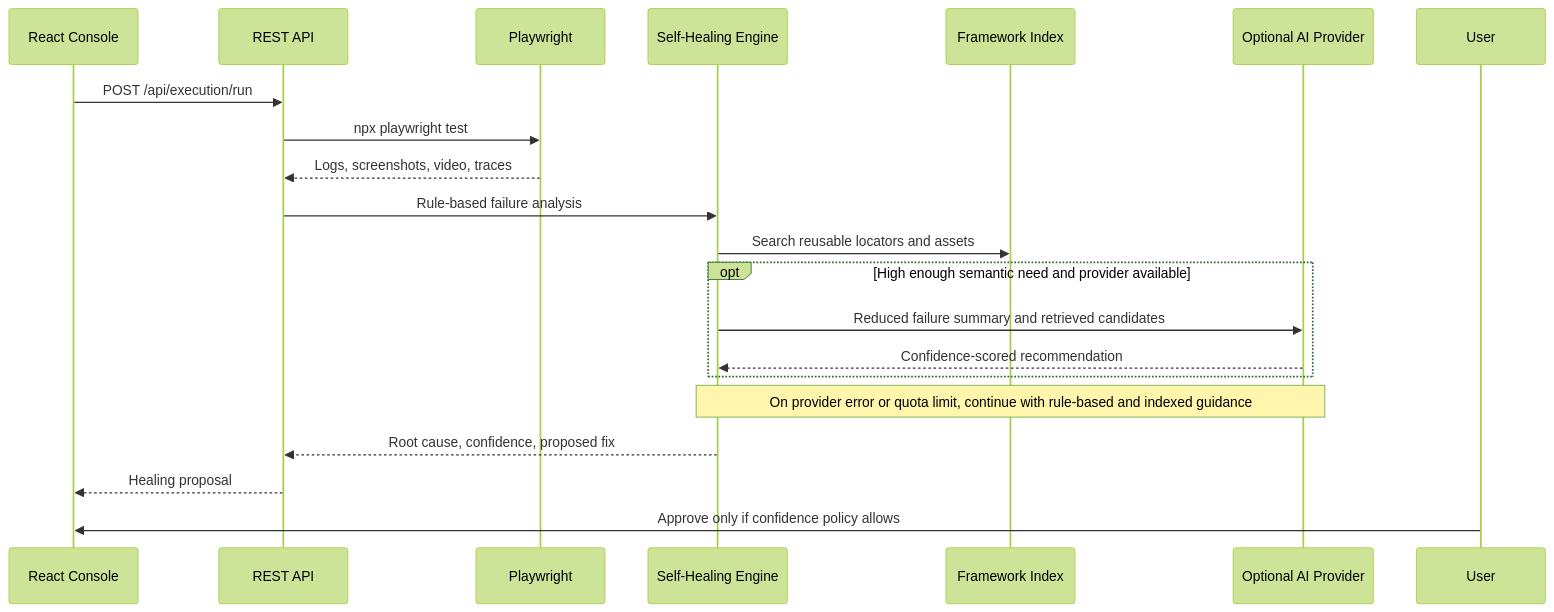
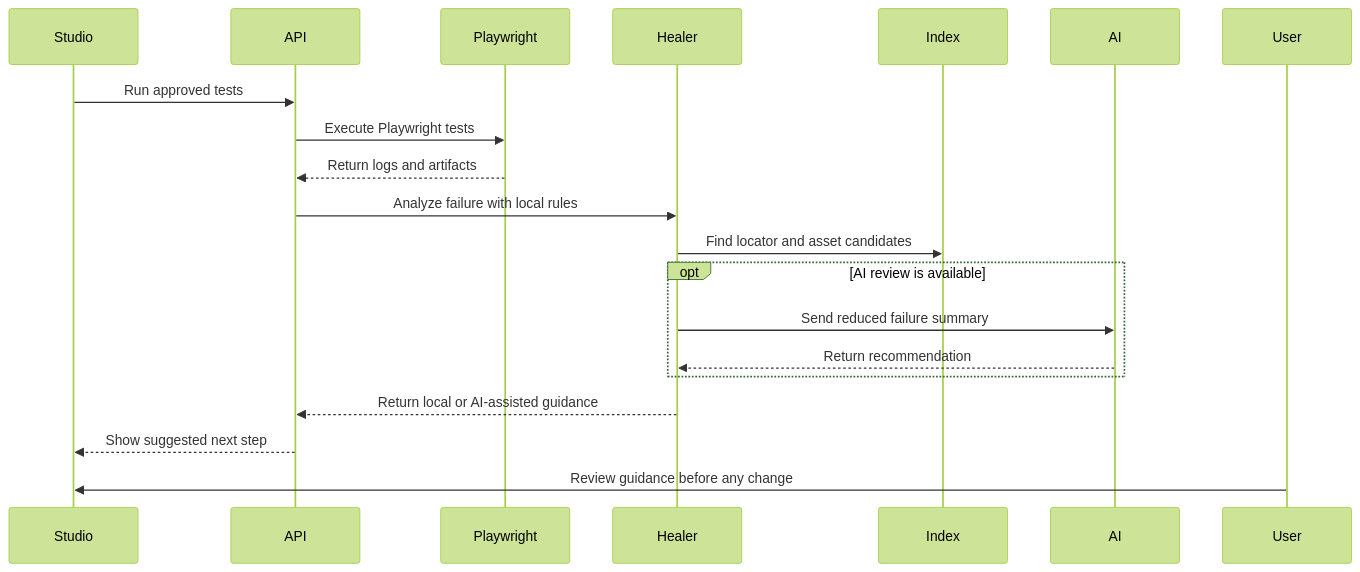
Before and after one commit to pavankumarh14/EndToEndPlayWrightAutomationTool: the diagram in docs/diagrams/self-healing-flow.md, drawn with Mermaid (forest theme). The commit also changed 2 other files, not shown here.

Commit message:
diagramMDfix

````diff
--- a/docs/diagrams/self-healing-flow.md
+++ b/docs/diagrams/self-healing-flow.md
@@ -3,24 +3,23 @@
 ```mermaid
 sequenceDiagram
-  participant UI as React Console
-  participant API as REST API
-  participant PW as Playwright
-  participant HEAL as Self-Healing Engine
-  participant IDX as Framework Index
-  participant AI as Optional AI Provider
-  participant U as User
+  participant Studio
+  participant API
+  participant Playwright
+  participant Healer
+  participant Index
+  participant AI
+  participant User
 
-  UI->>API: POST /api/execution/run
-  API->>PW: npx playwright test
-  PW-->>API: Logs, screenshots, video, traces
-  API->>HEAL: Rule-based failure analysis
-  HEAL->>IDX: Search reusable locators and assets
-  opt High enough semantic need and provider available
-    HEAL->>AI: Reduced failure summary and retrieved candidates
-    AI-->>HEAL: Confidence-scored recommendation
+  Studio->>API: Run approved tests
+  API->>Playwright: Execute Playwright tests
+  Playwright-->>API: Return logs and artifacts
+  API->>Healer: Analyze failure with local rules
+  Healer->>Index: Find locator and asset candidates
+  opt AI review is available
+    Healer->>AI: Send reduced failure summary
+    AI-->>Healer: Return recommendation
   end
-  Note over HEAL,AI: On provider error or quota limit, continue with rule-based and indexed guidance
-  HEAL-->>API: Root cause, confidence, proposed fix
-  API-->>UI: Healing proposal
-  U->>UI: Approve only if confidence policy allows
+  Healer-->>API: Return local or AI-assisted guidance
+  API-->>Studio: Show suggested next step
+  User->>Studio: Review guidance before any change
 ```
````
